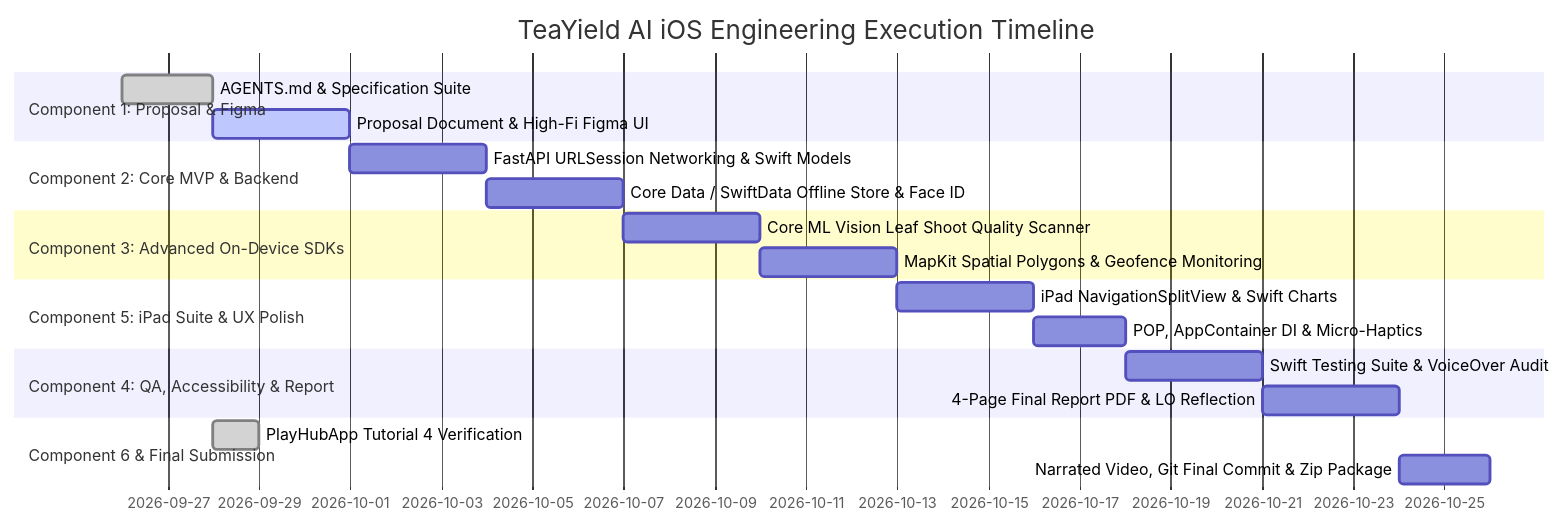
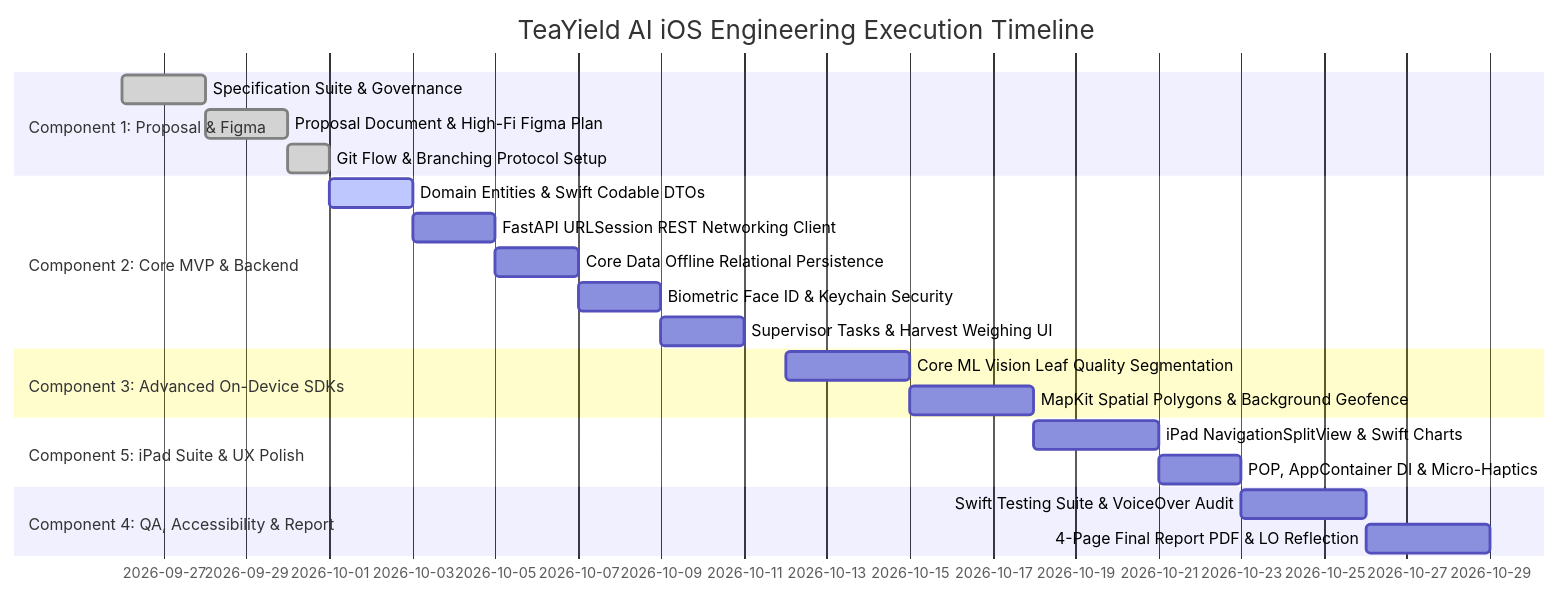
Before and after one commit to Bhanu2ko3/teayield-ai-ios: the diagram in docs/implementation_guides/WORKFLOW.md, drawn with Mermaid. The commit also changed other lines of this file and 19 other files, not shown here.

Commit message:
feat(comp2): establish MVVM architecture, pure domain models, and isolated mock fixtures

````diff
--- a/docs/implementation_guides/WORKFLOW.md
+++ b/docs/implementation_guides/WORKFLOW.md
@@ -38,23 +40,29 @@
 ```mermaid
 gantt
     title TeaYield AI iOS Engineering Execution Timeline
     dateFormat  YYYY-MM-DD
+    
     section Component 1: Proposal & Figma
-    AGENTS.md & Specification Suite               :done, c1_spec, 2026-09-26, 2d
-    Proposal Document & High-Fi Figma UI          :active, c1_prop, 2026-09-28, 3d
+    Specification Suite & Governance              :done, c1_spec, 2026-09-26, 2d
+    Proposal Document & High-Fi Figma Plan        :done, c1_prop, 2026-09-28, 2d
+    Git Flow & Branching Protocol Setup           :done, c1_git, 2026-09-30, 1d
+    
     section Component 2: Core MVP & Backend
-    FastAPI URLSession Networking & Swift Models  :c2_net, 2026-10-01, 3d
-    Core Data / SwiftData Offline Store & Face ID :c2_cd, 2026-10-04, 3d
+    Domain Entities & Swift Codable DTOs          :active, c2_dto, 2026-10-01, 2d
+    FastAPI URLSession REST Networking Client     :c2_net, 2026-10-03, 2d
+    Core Data Offline Relational Persistence      :c2_cd, 2026-10-05, 2d
+    Biometric Face ID & Keychain Security         :c2_sec, 2026-10-07, 2d
+    Supervisor Tasks & Harvest Weighing UI        :c2_ui, 2026-10-09, 2d
+    
     section Component 3: Advanced On-Device SDKs
-    Core ML Vision Leaf Shoot Quality Scanner     :c3_ml, 2026-10-07, 3d
-    MapKit Spatial Polygons & Geofence Monitoring :c3_map, 2026-10-10, 3d
+    Core ML Vision Leaf Quality Segmentation      :c3_ml, 2026-10-12, 3d
+    MapKit Spatial Polygons & Background Geofence :c3_map, 2026-10-15, 3d
+    
     section Component 5: iPad Suite & UX Polish
-    iPad NavigationSplitView & Swift Charts       :c5_ipad, 2026-10-13, 3d
-    POP, AppContainer DI & Micro-Haptics          :c5_arch, 2026-10-16, 2d
+    iPad NavigationSplitView & Swift Charts       :c5_ipad, 2026-10-18, 3d
+    POP, AppContainer DI & Micro-Haptics          :c5_arch, 2026-10-21, 2d
+    
     section Component 4: QA, Accessibility & Report
-    Swift Testing Suite & VoiceOver Audit         :c4_qa, 2026-10-18, 3d
-    4-Page Final Report PDF & LO Reflection       :c4_rep, 2026-10-21, 3d
-    section Component 6 & Final Submission
-    PlayHubApp Tutorial 4 Verification            :done, c6_tut, 2026-09-28, 1d
-    Narrated Video, Git Final Commit & Zip Package:c6_sub, 2026-10-24, 2d
+    Swift Testing Suite & VoiceOver Audit         :c4_qa, 2026-10-23, 3d
+    4-Page Final Report PDF & LO Reflection       :c4_rep, 2026-10-26, 3d
 ```
````
